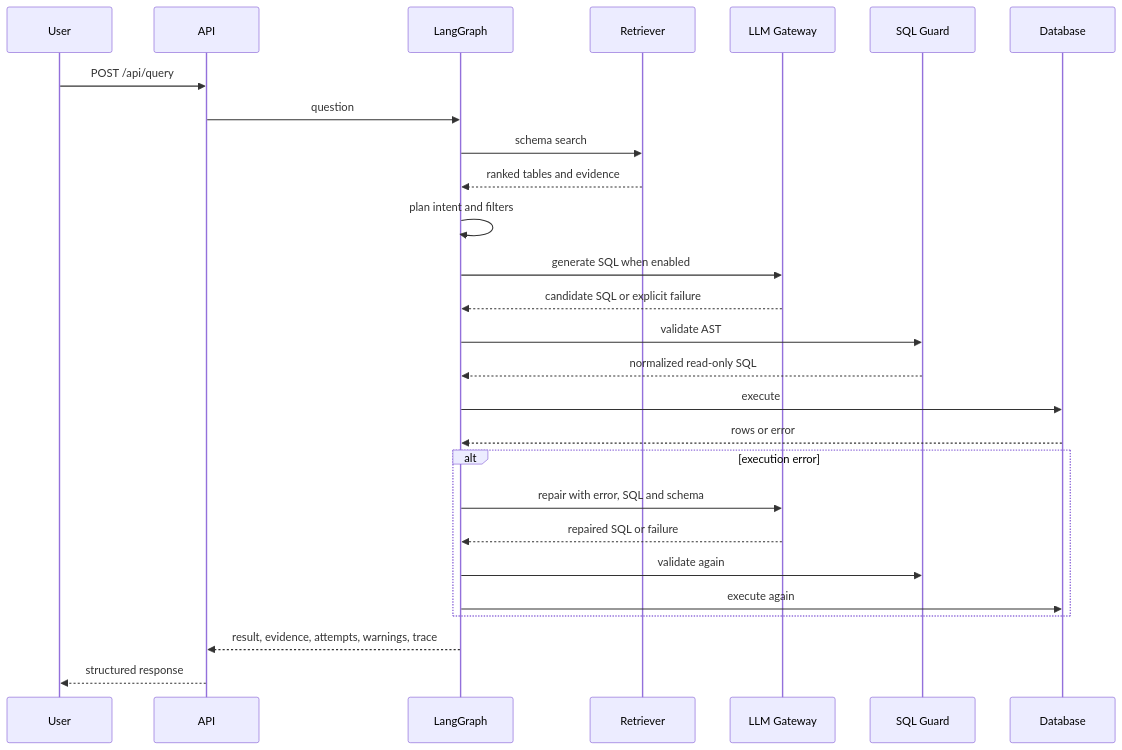
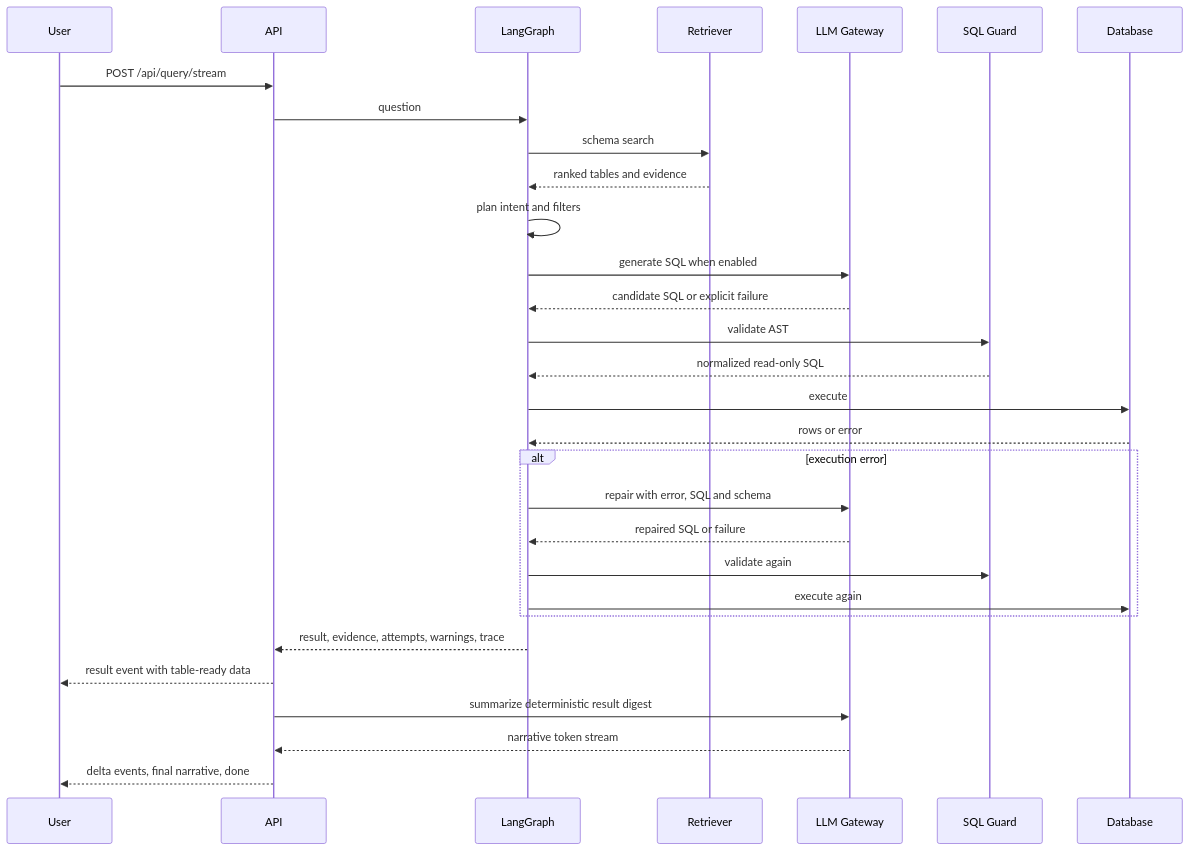
Before and after one commit to sun-sh/atlas-bi-nl2sql: the second of 2 diagrams in docs/ARCHITECTURE.md, drawn with Mermaid. The commit also changed other lines of this file and 20 other files, not shown here.

First line of the commit message:
feat: stream grounded result narratives

````diff
--- a/docs/ARCHITECTURE.md
+++ b/docs/ARCHITECTURE.md
@@ -74,30 +78,33 @@
 ```mermaid
 sequenceDiagram
     participant U as User
     participant A as API
     participant G as LangGraph
     participant R as Retriever
     participant L as LLM Gateway
     participant S as SQL Guard
     participant D as Database
 
-    U->>A: POST /api/query
+    U->>A: POST /api/query/stream
     A->>G: question
     G->>R: schema search
     R-->>G: ranked tables and evidence
     G->>G: plan intent and filters
     G->>L: generate SQL when enabled
     L-->>G: candidate SQL or explicit failure
     G->>S: validate AST
     S-->>G: normalized read-only SQL
     G->>D: execute
     D-->>G: rows or error
     alt execution error
         G->>L: repair with error, SQL and schema
         L-->>G: repaired SQL or failure
         G->>S: validate again
         G->>D: execute again
     end
     G-->>A: result, evidence, attempts, warnings, trace
-    A-->>U: structured response
+    A-->>U: result event with table-ready data
+    A->>L: summarize deterministic result digest
+    L-->>A: narrative token stream
+    A-->>U: delta events, final narrative, done
 ```
````
